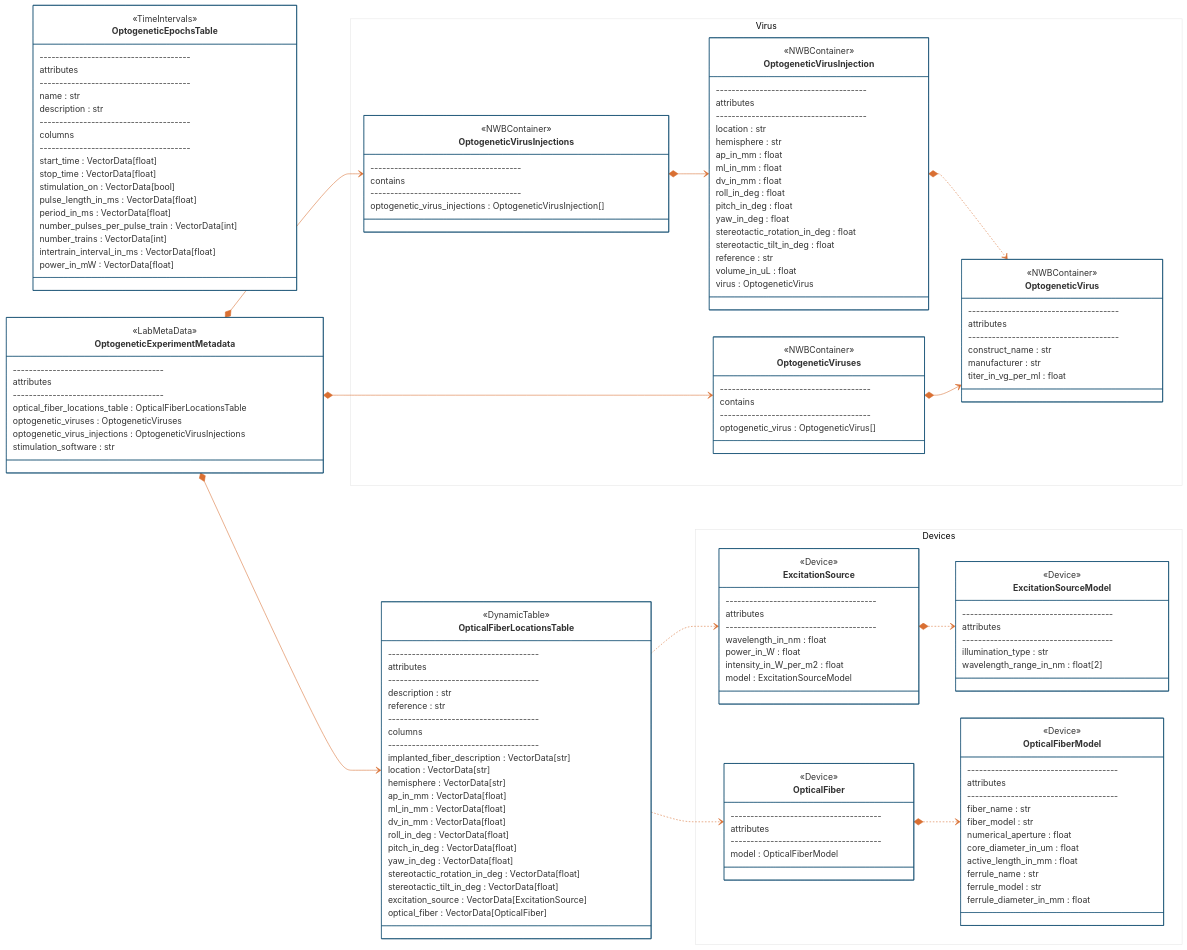
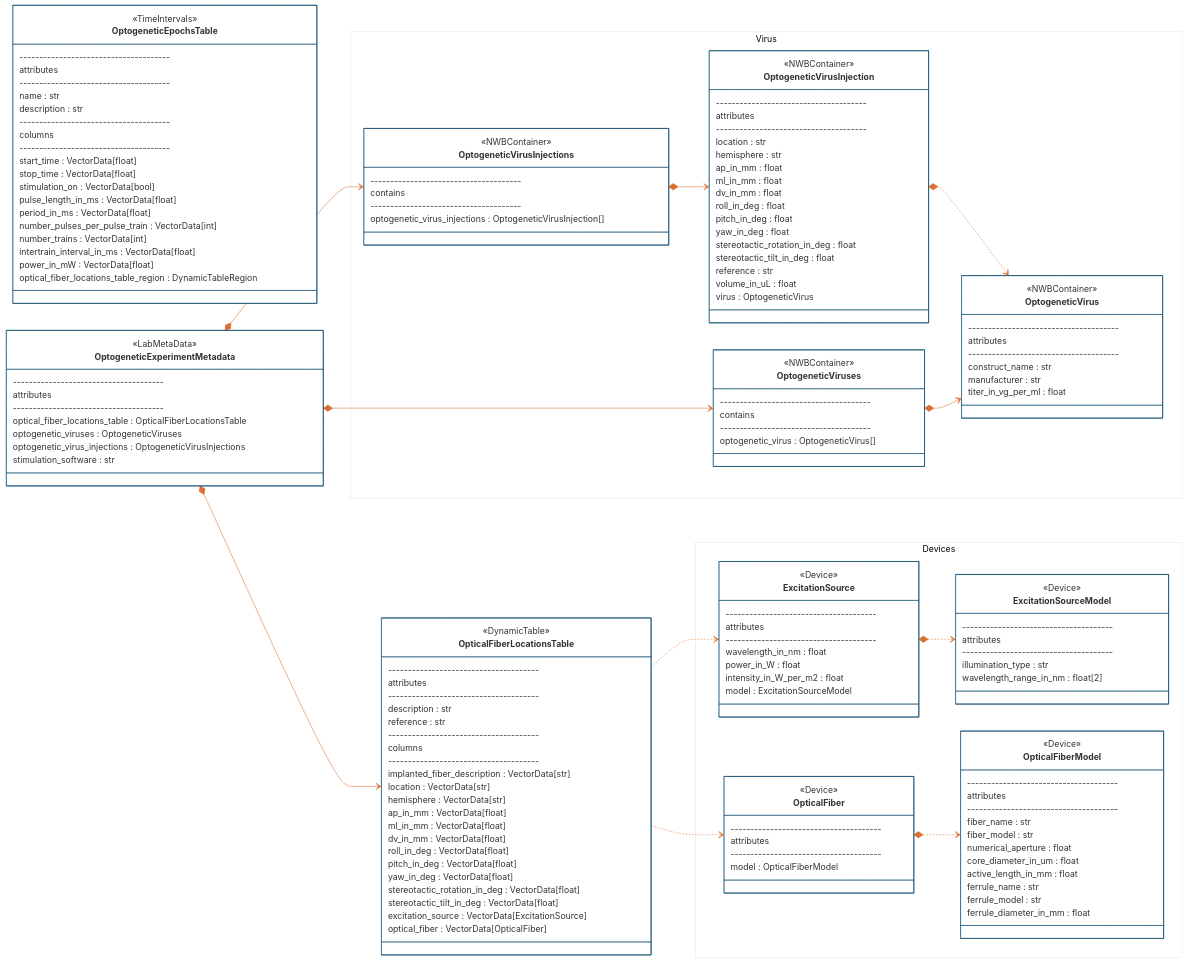
One commit to rly/ndx-optogenetics changed the diagram in README.md. Above: the diagram before and after it, drawn with Mermaid. The commit also changed other lines of this file, not shown here.

```diff
--- a/README.md
+++ b/README.md
@@ -112,6 +113,7 @@
         number_trains : VectorData[int]
         intertrain_interval_in_ms : VectorData[float]
         power_in_mW : VectorData[float]
+        optical_fiber_locations_table_region : DynamicTableRegion
     }
 
     class OptogeneticExperimentMetadata {
```
